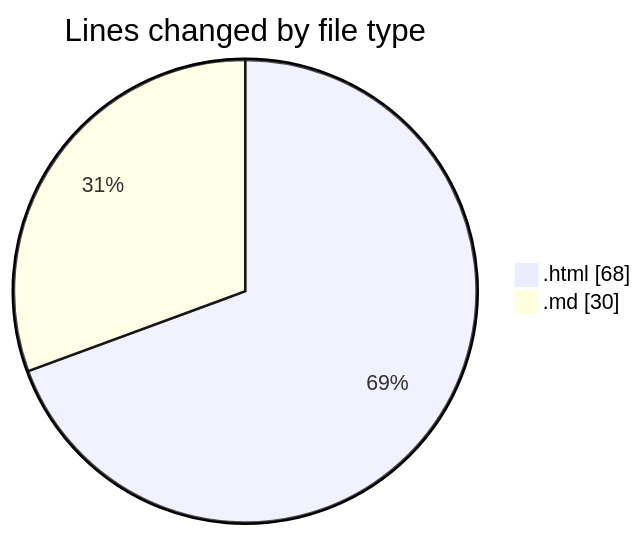
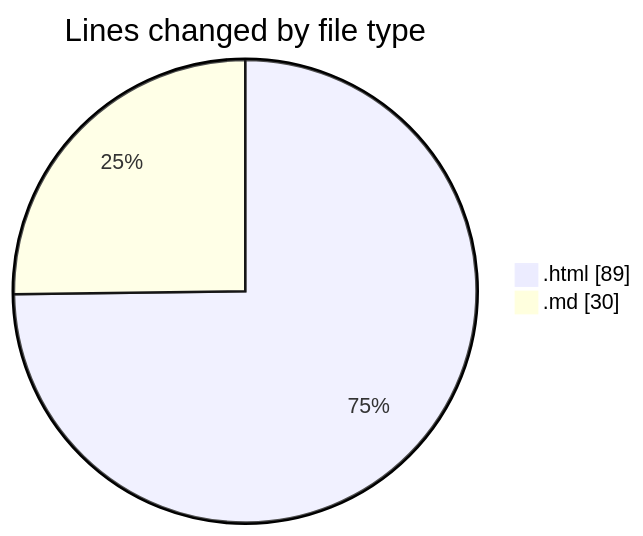
Before and after one commit to Ritupan-Deka/code-tracking: the first of 2 diagrams in 2025-07-04/urlwebwala_intership_work/README.md, drawn with Mermaid. The commit also changed other lines of this file and 1 other file, not shown here.

````diff
--- a/2025-07-04/urlwebwala_intership_work/README.md
+++ b/2025-07-04/urlwebwala_intership_work/README.md
@@ -21,6 +21,6 @@
 ```mermaid
 pie showData
 title Lines changed by file type
-".html" : 68
+".html" : 89
 ".md" : 30
 ```
````
